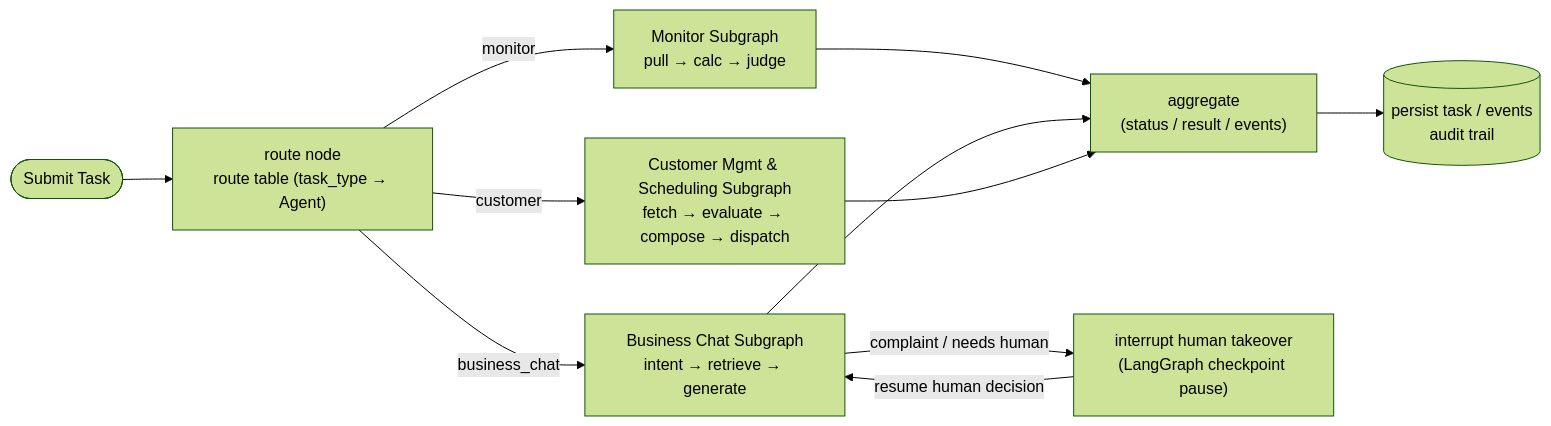
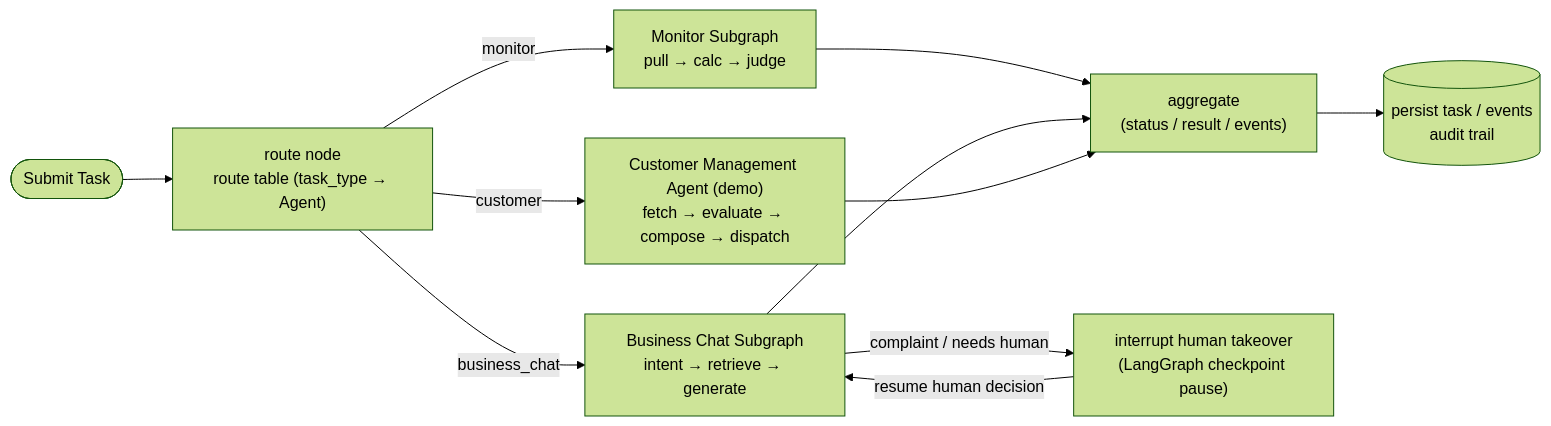
The second of 4 diagrams in server/README.en.md (chain-engine/x-BeiChen), drawn with Mermaid (forest theme) before and after one commit. The commit also changed other lines of this file and 26 other files, not shown here.

````diff
--- a/server/README.en.md
+++ b/server/README.en.md
@@ -253,13 +253,13 @@
 ```mermaid
 flowchart LR
     Start([Submit Task]) --> Route["route node<br>route table (task_type → Agent)"]
     Route -->|monitor| Sub1["Monitor Subgraph<br>pull → calc → judge"]
     Route -->|business_chat| Sub2["Business Chat Subgraph<br>intent → retrieve → generate"]
-    Route -->|customer| Sub3["Customer Mgmt & Scheduling Subgraph<br>fetch → evaluate → compose → dispatch"]
+    Route -->|customer| Sub3["Customer Management Agent (demo)<br>fetch → evaluate → compose → dispatch"]
     Sub1 --> Agg["aggregate<br>(status / result / events)"]
     Sub2 --> Agg
     Sub3 --> Agg
     Agg --> DB[("persist task / events<br>audit trail")]
     Sub2 -->|complaint / needs human| Int["interrupt human takeover<br>(LangGraph checkpoint pause)"]
     Int -->|resume human decision| Sub2
 ```
````
